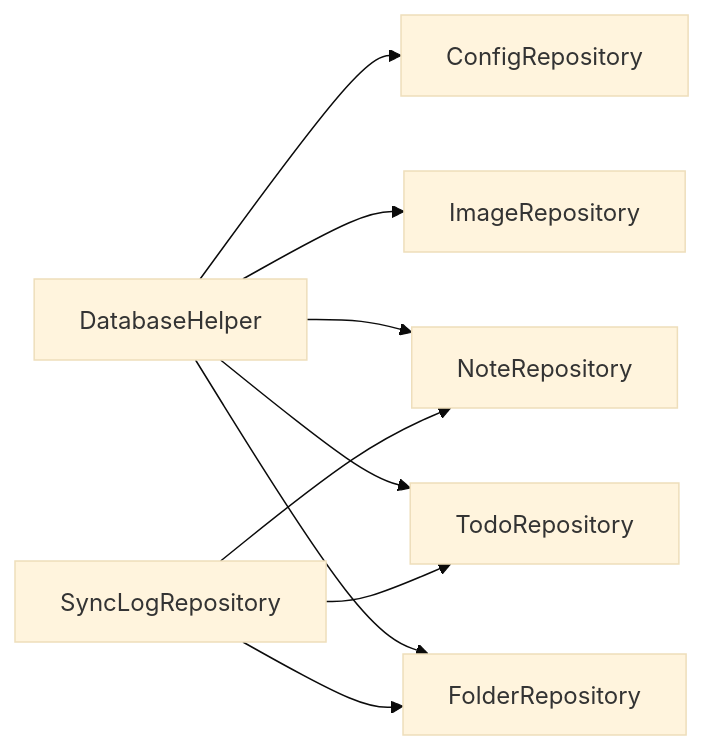
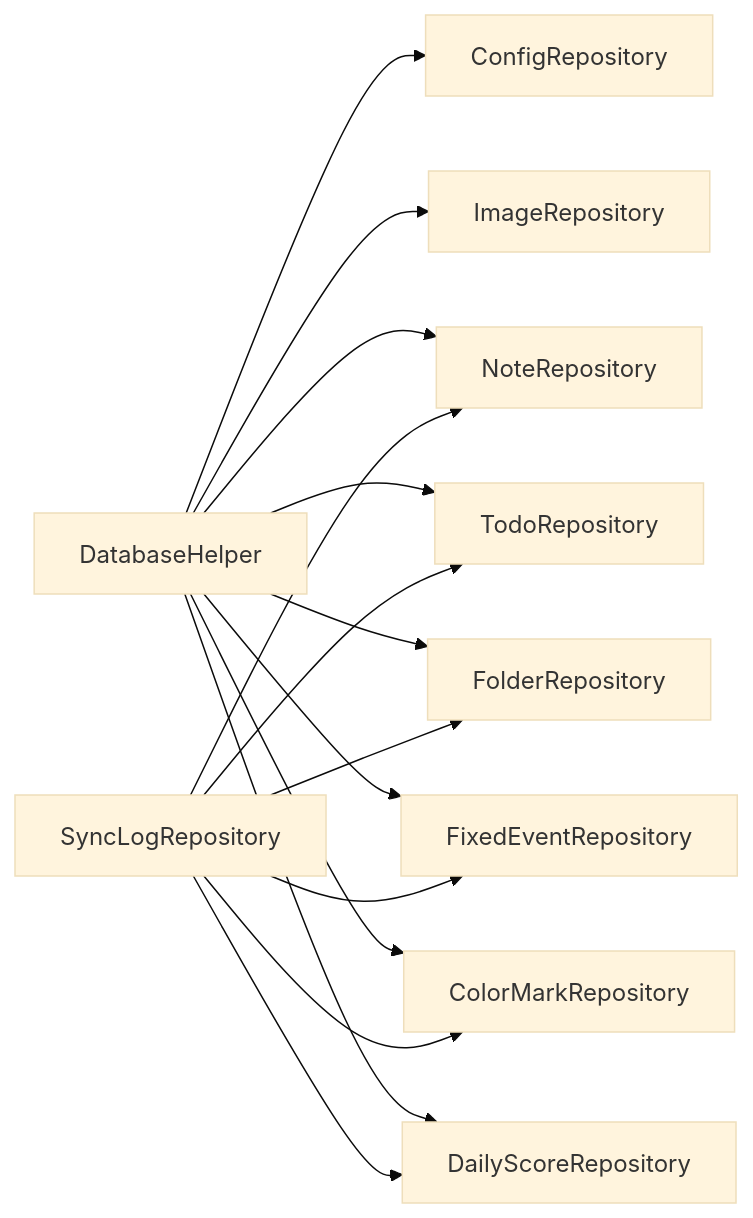
One commit to favoroo/QNote changed the fifth of 5 diagrams in .qoder/repowiki/en/content/Data Models and Database Schema/Data Access Patterns and Repository Implementation.md. Above: the diagram before and after it, drawn with Mermaid (base theme). The commit also changed other lines of this file and 114 other files, not shown here.

````diff
--- a/.qoder/repowiki/en/content/Data Models and Database Schema/Data Access Patterns and Repository Implementation.md
+++ b/.qoder/repowiki/en/content/Data Models and Database Schema/Data Access Patterns and Repository Implementation.md
@@ -334,11 +436,17 @@
 ```mermaid
 graph LR
 DH["DatabaseHelper"] --> CR["ConfigRepository"]
 DH --> IR["ImageRepository"]
 DH --> NR["NoteRepository"]
 DH --> TR["TodoRepository"]
 DH --> FR["FolderRepository"]
+DH --> Fer["FixedEventRepository"]
+DH --> CMR["ColorMarkRepository"]
+DH --> DSR["DailyScoreRepository"]
 SLR["SyncLogRepository"] --> NR
 SLR --> TR
 SLR --> FR
+SLR --> Fer
+SLR --> CMR
+SLR --> DSR
 ```
````
